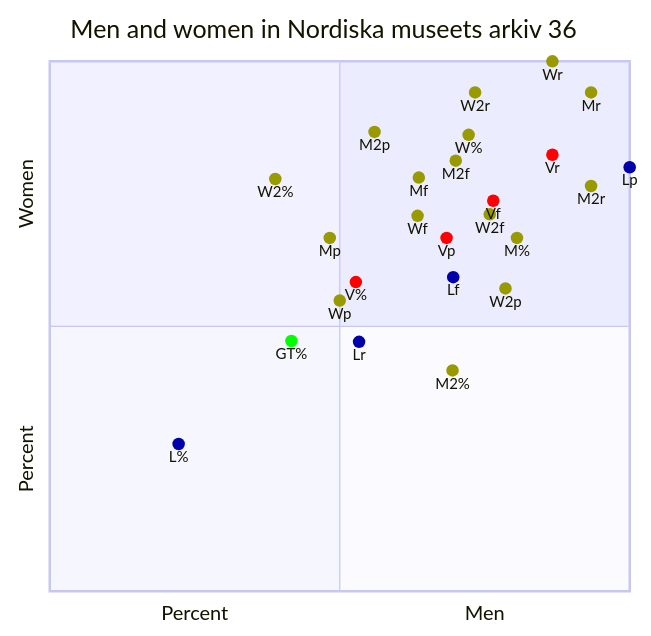
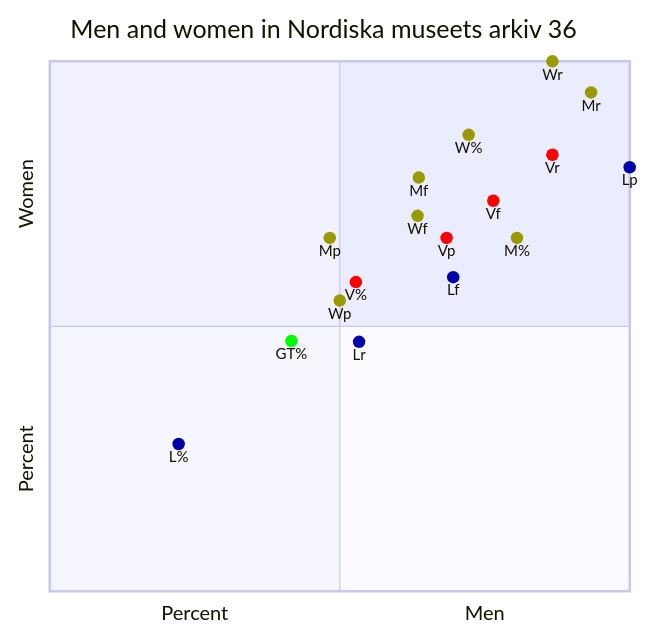
Before and after one commit to Modern36/tropes_1500: diagram 11 of 11 in browser/scatter.md, drawn with Mermaid. The commit also changed other lines of this file and 1 other file, not shown here.

````diff
--- a/browser/scatter.md
+++ b/browser/scatter.md
@@ -375,32 +295,24 @@
 ```mermaid
 quadrantChart
     title Men and women in Nordiska museets arkiv 36
     x-axis Percent --> Men
     y-axis Percent --> Women
     M%: [0.8055555555555556, 0.6666666666666666] color: #999900
-    M2%: [0.6944444444444444, 0.4166666666666667] color: #999900
     W%: [0.7222222222222222, 0.8611111111111112] color: #999900
-    W2%: [0.3888888888888889, 0.7777777777777778] color: #999900
     GT%: [0.4166666666666667, 0.4722222222222222] color: #00FF00
     V%: [0.5277777777777778, 0.5833333333333334] color: #FF0000
     L%: [0.2222222222222222, 0.2777777777777778] color: #0000AA
     Lf: [0.6956521739130435, 0.5925925925925926]  color: #0000AA
     Lp: [0.9999, 0.8]  color: #0000AA
     Lr: [0.5333333333333333, 0.47058823529411764]  color: #0000AA
     Vf: [0.7647058823529411, 0.7368421052631579]  color: #FF0000
     Vp: [0.6842105263157895, 0.6666666666666666]  color: #FF0000
     Vr: [0.8666666666666667, 0.8235294117647058]  color: #FF0000
-    W2f: [0.7586206896551724, 0.7111111111111111]  color: #999900
-    W2p: [0.7857142857142857, 0.5714285714285714]  color: #999900
-    W2r: [0.7333333333333333, 0.9411764705882353]  color: #999900
     Wf: [0.6341463414634146, 0.7083333333333334]  color: #999900
     Wp: [0.5, 0.5483870967741935]  color: #999900
     Wr: [0.8666666666666667, 0.9999]  color: #999900
-    M2f: [0.7, 0.8125]  color: #999900
-    M2p: [0.56, 0.8666666666666667]  color: #999900
-    M2r: [0.9333333333333333, 0.7647058823529411]  color: #999900
     Mf: [0.6363636363636364, 0.7804878048780488]  color: #999900
     Mp: [0.4827586206896552, 0.6666666666666666]  color: #999900
     Mr: [0.9333333333333333, 0.9411764705882353]  color: #999900
 
 ```
````
